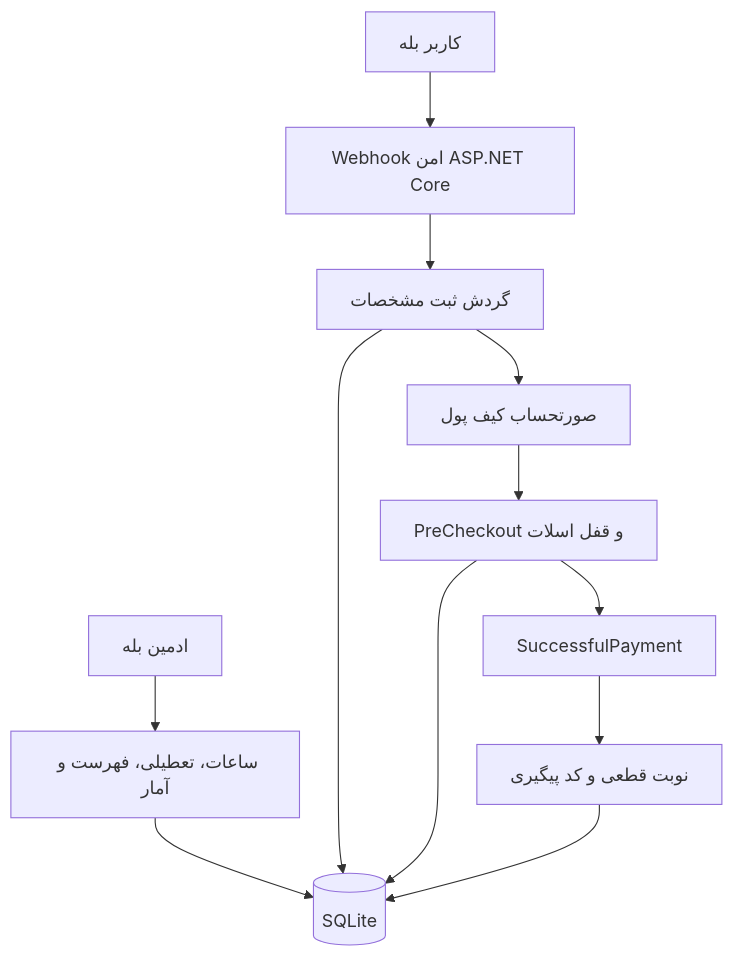
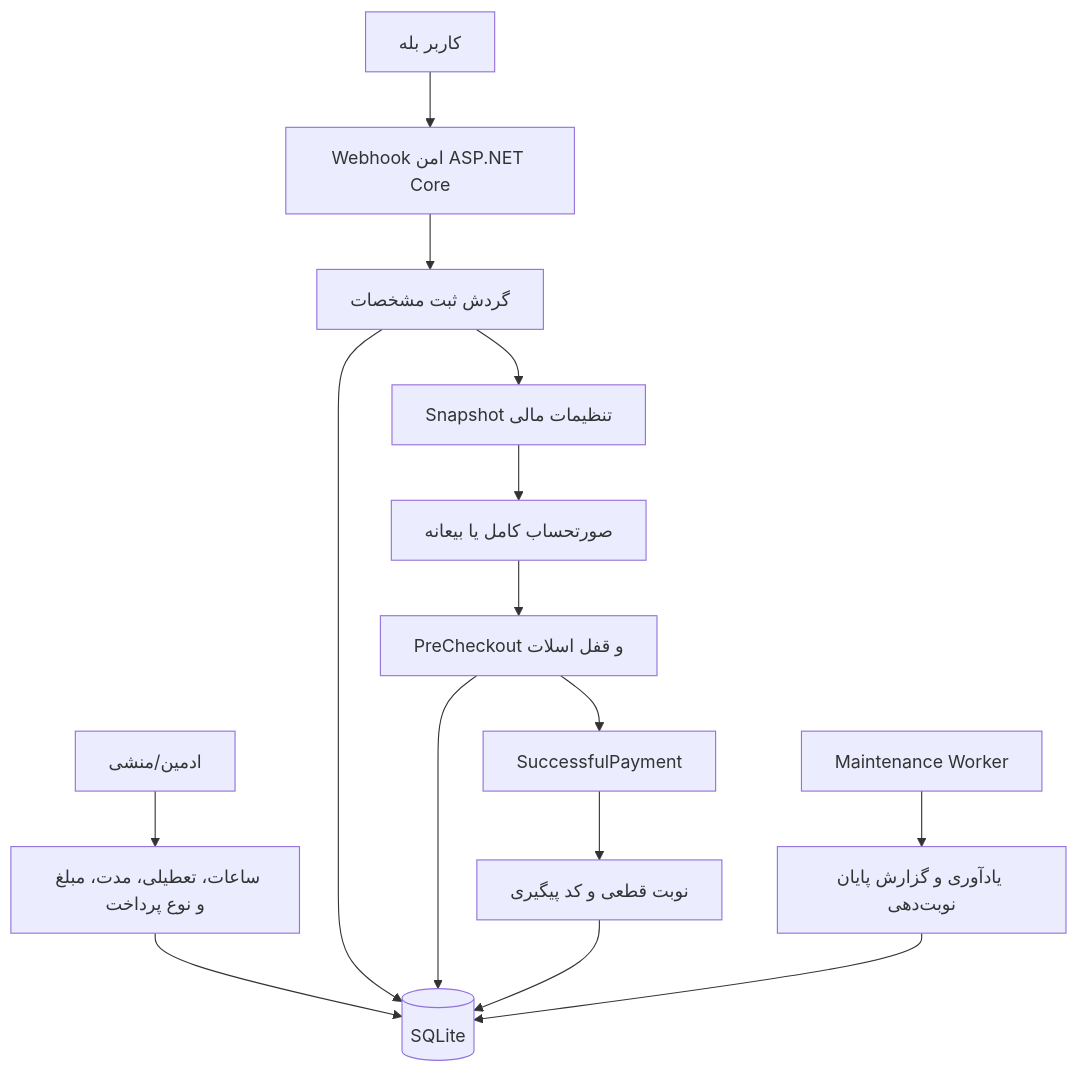
The diagram in README.md (shervinq/MedicalAppointmentOffice), drawn with Mermaid before and after one commit. The commit also changed other lines of this file and 11 other files, not shown here.

````diff
--- a/README.md
+++ b/README.md
@@ -25,14 +31,17 @@
 ```mermaid
 flowchart TD
     A[کاربر بله] --> B[Webhook امن ASP.NET Core]
     B --> C[گردش ثبت مشخصات]
-    C --> D[صورتحساب کیف پول]
-    D --> E[PreCheckout و قفل اسلات]
-    E --> F[SuccessfulPayment]
-    F --> G[نوبت قطعی و کد پیگیری]
-    H[ادمین بله] --> I[ساعات، تعطیلی، فهرست و آمار]
-    I --> J[(SQLite)]
-    C --> J
-    E --> J
-    G --> J
+    C --> D[Snapshot تنظیمات مالی]
+    D --> E[صورتحساب کامل یا بیعانه]
+    E --> F[PreCheckout و قفل اسلات]
+    F --> G[SuccessfulPayment]
+    G --> H[نوبت قطعی و کد پیگیری]
+    I[ادمین/منشی] --> J[ساعات، تعطیلی، مدت، مبلغ و نوع پرداخت]
+    J --> K[(SQLite)]
+    L[Maintenance Worker] --> M[یادآوری و گزارش پایان نوبت‌دهی]
+    C --> K
+    F --> K
+    H --> K
+    M --> K
 ```
````
